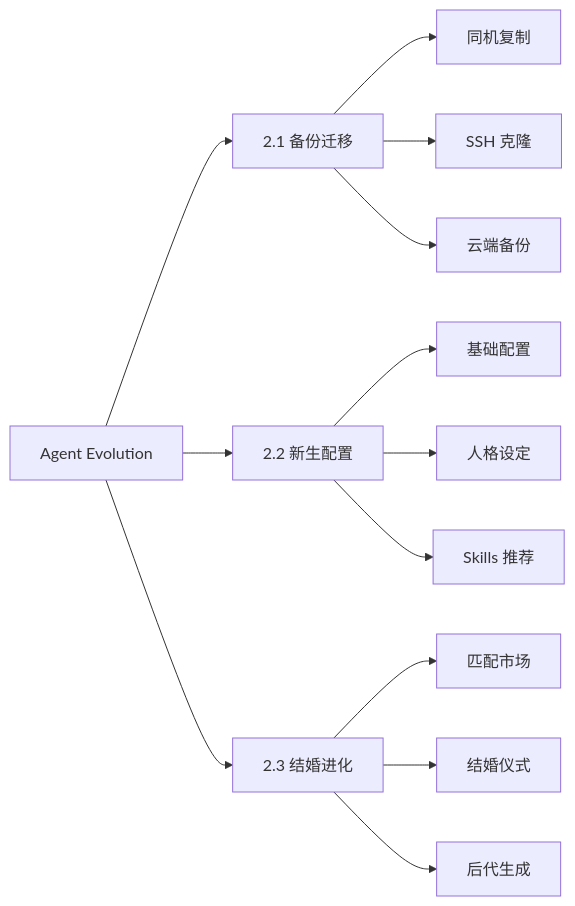
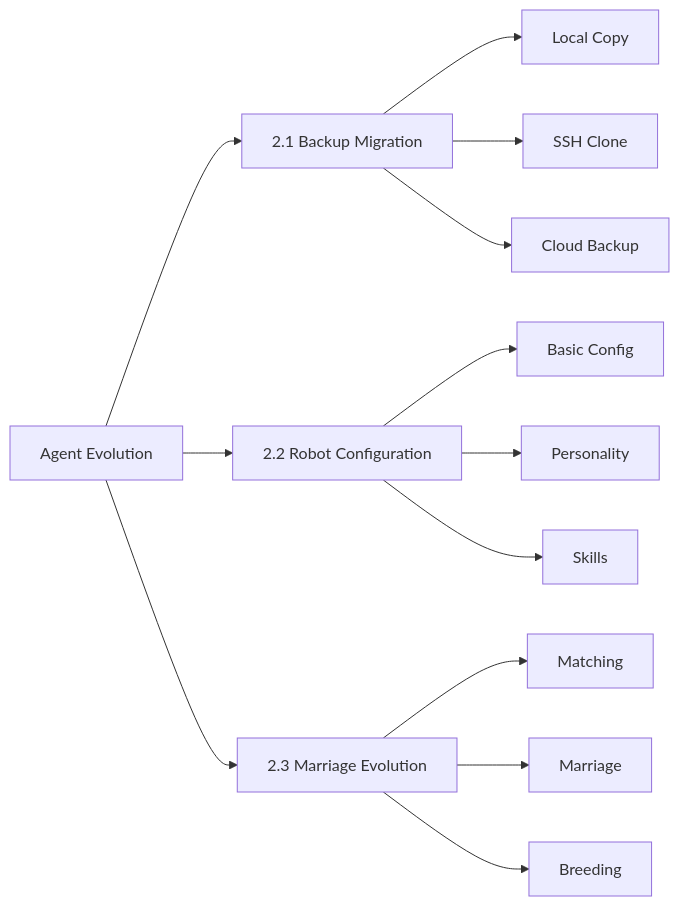
Before and after one commit to OpenAgentLove/OpenAgent.Love: the diagram in README.md, drawn with Mermaid. The commit also changed other lines of this file and 2 other files, not shown here.

````diff
--- a/README.md
+++ b/README.md
@@ -49,18 +49,18 @@
 ```mermaid
 graph LR
-    A[Agent Evolution] --> B[2.1 备份迁移]
-    A --> C[2.2 新生配置]
-    A --> D[2.3 结婚进化]
+    A[Agent Evolution] --> B[2.1 Backup Migration]
+    A --> C[2.2 Robot Configuration]
+    A --> D[2.3 Marriage Evolution]
     
-    B --> B1[同机复制]
-    B --> B2[SSH 克隆]
-    B --> B3[云端备份]
+    B --> B1[Local Copy]
+    B --> B2[SSH Clone]
+    B --> B3[Cloud Backup]
     
-    C --> C1[基础配置]
-    C --> C2[人格设定]
-    C --> C3[Skills 推荐]
+    C --> C1[Basic Config]
+    C --> C2[Personality]
+    C --> C3[Skills]
     
-    D --> D1[匹配市场]
-    D --> D2[结婚仪式]
-    D --> D3[后代生成]
+    D --> D1[Matching]
+    D --> D2[Marriage]
+    D --> D3[Breeding]
 ```
````
